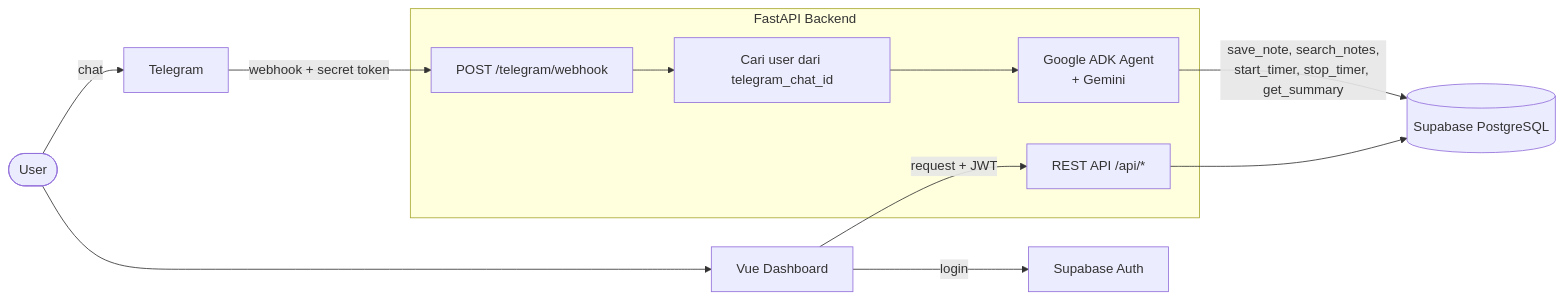
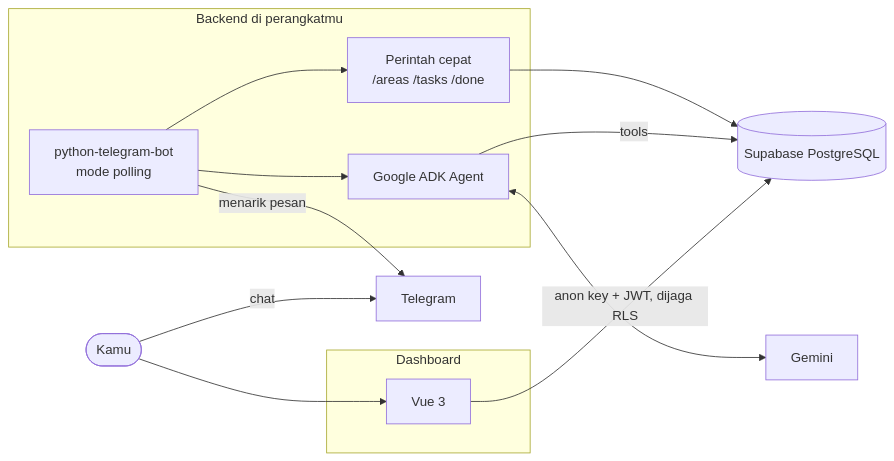
Before and after one commit to fransalwan/second-brain-agent: the diagram in README.md, drawn with Mermaid. The commit also changed other lines of this file, not shown here.

````diff
--- a/README.md
+++ b/README.md
@@ -47,25 +81,27 @@
 ```mermaid
 flowchart LR
-    U([User])
+    U([Kamu])
     TG[Telegram]
-    VUE[Vue Dashboard]
-    AUTH[Supabase Auth]
     DB[(Supabase PostgreSQL)]
+    G[Gemini]
 
-    subgraph BE[FastAPI Backend]
-        WH[POST /telegram/webhook]
-        MAP[Cari user dari telegram_chat_id]
-        AG[Google ADK Agent<br/>+ Gemini]
-        API[REST API /api/*]
+    subgraph BE[Backend di perangkatmu]
+        BOT[python-telegram-bot<br/>mode polling]
+        CMD[Perintah cepat<br/>/areas /tasks /done]
+        AG[Google ADK Agent]
+    end
+
+    subgraph WEB[Dashboard]
+        VUE[Vue 3]
     end
 
     U -->|chat| TG
-    TG -->|webhook + secret token| WH
-    WH --> MAP
-    MAP --> AG
-    AG -->|"save_note, search_notes,<br/>start_timer, stop_timer, get_summary"| DB
+    BOT -->|menarik pesan| TG
+    BOT --> CMD
+    BOT --> AG
+    AG <--> G
+    CMD --> DB
+    AG -->|tools| DB
     U --> VUE
-    VUE -->|login| AUTH
-    VUE -->|request + JWT| API
-    API --> DB
+    VUE -->|anon key + JWT, dijaga RLS| DB
 ```
````
